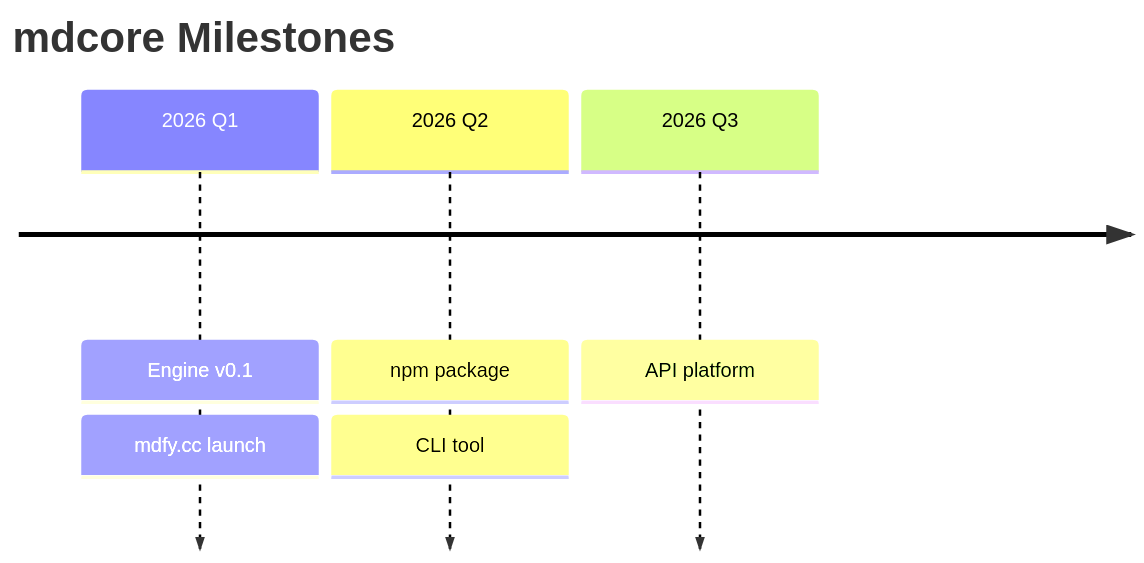
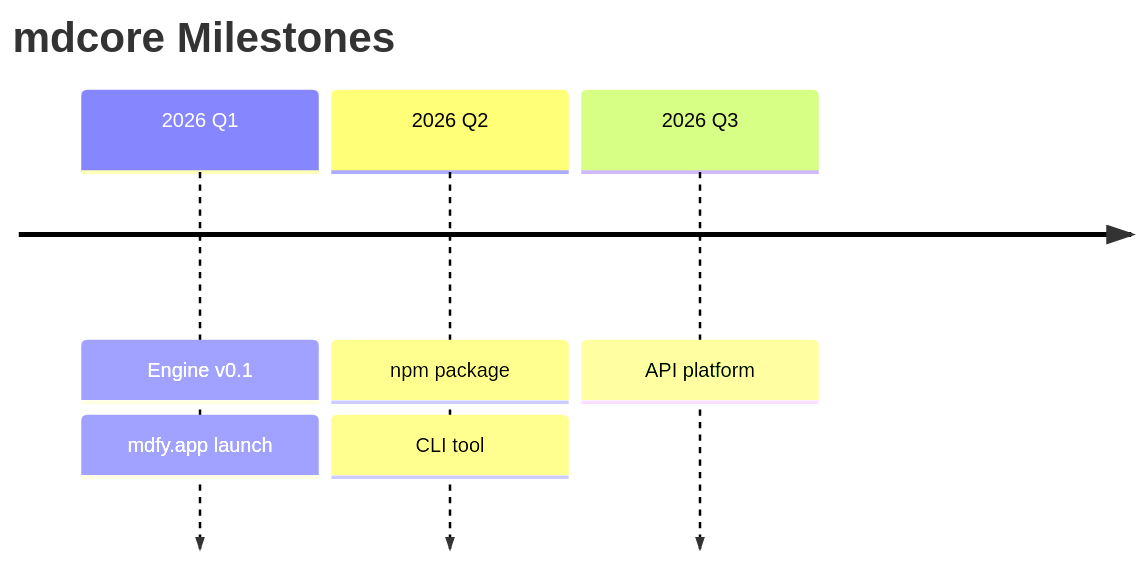
Before and after one commit to raymindai/mdcore: the ninth of 13 diagrams in apps/desktop/renderer/examples/diagrams.md, drawn with Mermaid. The commit also changed other lines of this file and 123 other files, not shown here.

First line of the commit message:
Migrate domain: mdfy.cc → mdfy.app

````diff
--- a/apps/desktop/renderer/examples/diagrams.md
+++ b/apps/desktop/renderer/examples/diagrams.md
@@ -115,9 +115,9 @@
 ```mermaid
 timeline
     title mdcore Milestones
     2026 Q1 : Engine v0.1
-             : mdfy.cc launch
+             : mdfy.app launch
     2026 Q2 : npm package
              : CLI tool
     2026 Q3 : API platform
 ```
````
